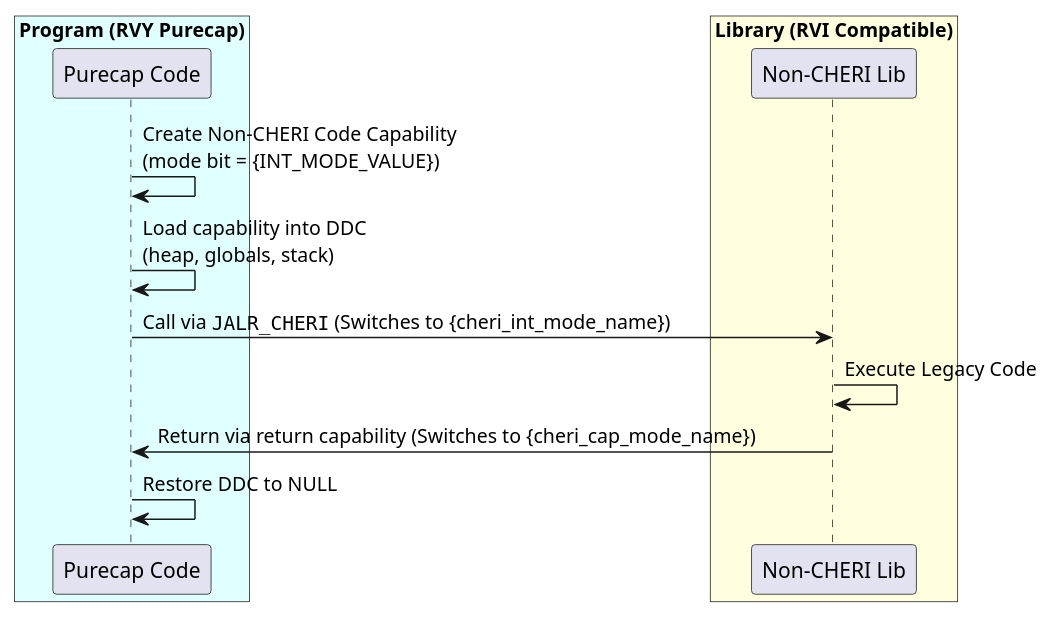
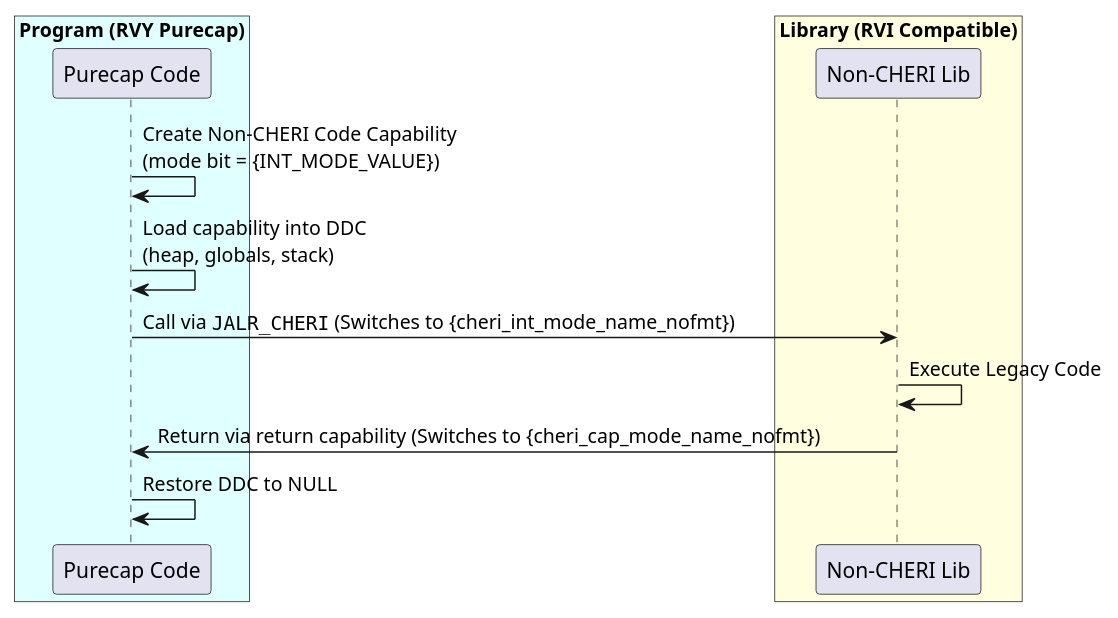
The third of 4 diagrams in src/cheri/app-hybrid-usage.adoc (vmurali/riscv-cheri), drawn with PlantUML before and after one commit. The commit also changed other lines of this file and 2 other files, not shown here.

First line of the commit message:
FIX: Avoid accidental HTML <em> tags in PlantUML diagrams. (#1023)

```diff
--- a/src/cheri/app-hybrid-usage.adoc
+++ b/src/cheri/app-hybrid-usage.adoc
@@ -127,20 +127,20 @@
 [plantuml, target="purecap-calling-noncheri", format="svg",subs=attributes+]
 ....
 @startuml
 box "Program (RVY Purecap)" #LightCyan
 participant "Purecap Code" as P
 end box
 
 box "Library (RVI Compatible)" #LightYellow
 participant "Non-CHERI Lib" as N
 end box
 
 P -> P: Create Non-CHERI Code Capability\n(mode bit = {INT_MODE_VALUE})
 P -> P: Load capability into DDC\n(heap, globals, stack)
-P -> N: Call via ""JALR_CHERI"" (Switches to {cheri_int_mode_name})
+P -> N: Call via ""JALR_CHERI"" (Switches to {cheri_int_mode_name_nofmt})
 N -> N: Execute Legacy Code
-N -> P: Return via return capability (Switches to {cheri_cap_mode_name})
+N -> P: Return via return capability (Switches to {cheri_cap_mode_name_nofmt})
 P -> P: Restore DDC to NULL
 
 @enduml
 ....
```
